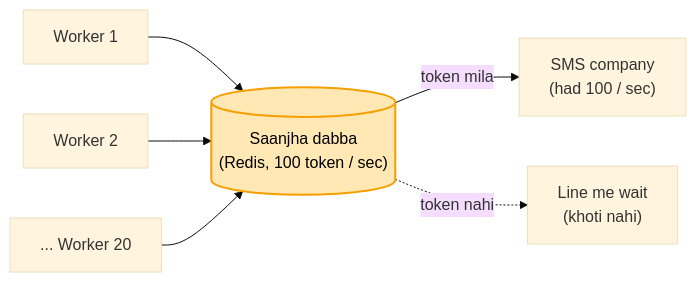
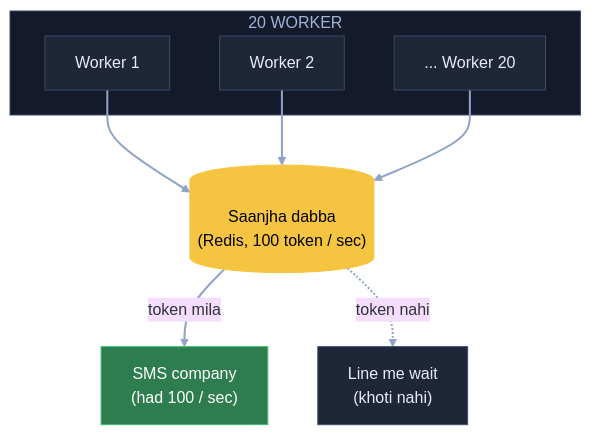
One commit to ArpanMaheshwari144/Prep changed the sixth of 9 diagrams in 04_HLD/SYSTEM_DESIGNS/04_notification_system/04_notification_system.md. Above: the diagram before and after it, drawn with Mermaid (base theme). The commit also changed other lines of this file, not shown here.

Commit message:
Notification: 9 diagram YouTube (reel) wale card andaaz me

````diff
--- a/04_HLD/SYSTEM_DESIGNS/04_notification_system/04_notification_system.md
+++ b/04_HLD/SYSTEM_DESIGNS/04_notification_system/04_notification_system.md
@@ -169,9 +232,22 @@
 ```mermaid
-flowchart LR
-    W1["Worker 1"] --> B[("Saanjha dabba<br/>(Redis, 100 token / sec)")]
-    W2["Worker 2"] --> B
-    WN["... Worker 20"] --> B
-    B -- "token mila" --> S["SMS company<br/>(had 100 / sec)"]
-    B -. "token nahi" .-> L["Line me wait<br/>(khoti nahi)"]
-    style B fill:#ffe8b3,stroke:#f59f00,stroke-width:2px,color:#000
+flowchart TB
+    subgraph WK["20 WORKER"]
+        W1["Worker 1"]:::card
+        W2["Worker 2"]:::card
+        WN["... Worker 20"]:::card
+    end
+    B[("Saanjha dabba<br/>(Redis, 100 token / sec)")]:::pill
+    S["SMS company<br/>(had 100 / sec)"]:::good
+    L["Line me wait<br/>(khoti nahi)"]:::card
+    W1 --> B
+    W2 --> B
+    WN --> B
+    B -- "token mila" --> S
+    B -. "token nahi" .-> L
+    linkStyle default stroke:#8fa3c7,stroke-width:2px
+    classDef card fill:#1e2638,stroke:#3a4a6b,color:#e8ecf5
+    classDef pill fill:#f5c542,stroke:#f5c542,color:#000
+    classDef good fill:#2e7d4f,stroke:#3fbf6f,color:#fff
+    classDef bad fill:#5c1f24,stroke:#e05561,color:#fff
+    style WK fill:#141a29,stroke:#3a4a6b,color:#9fb3d9
 ```
````
